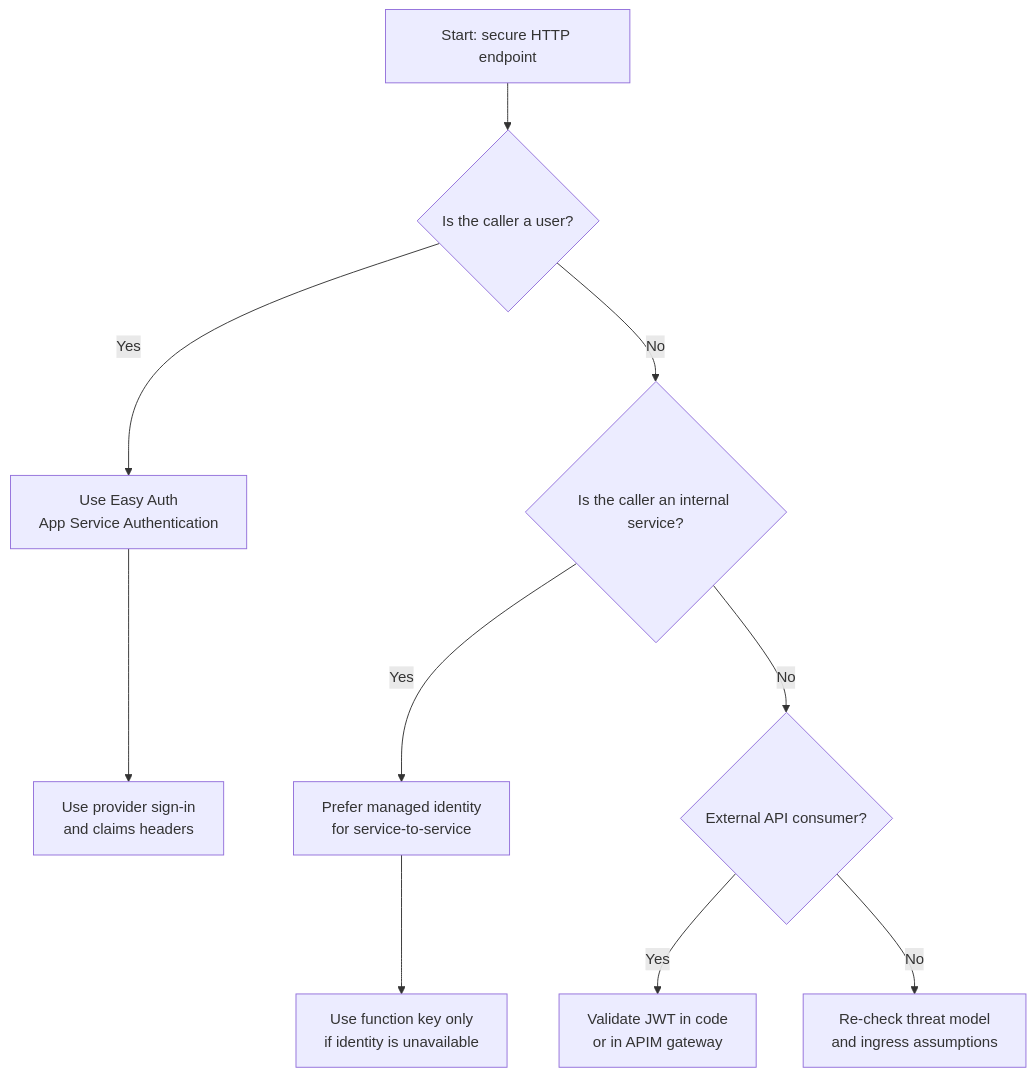
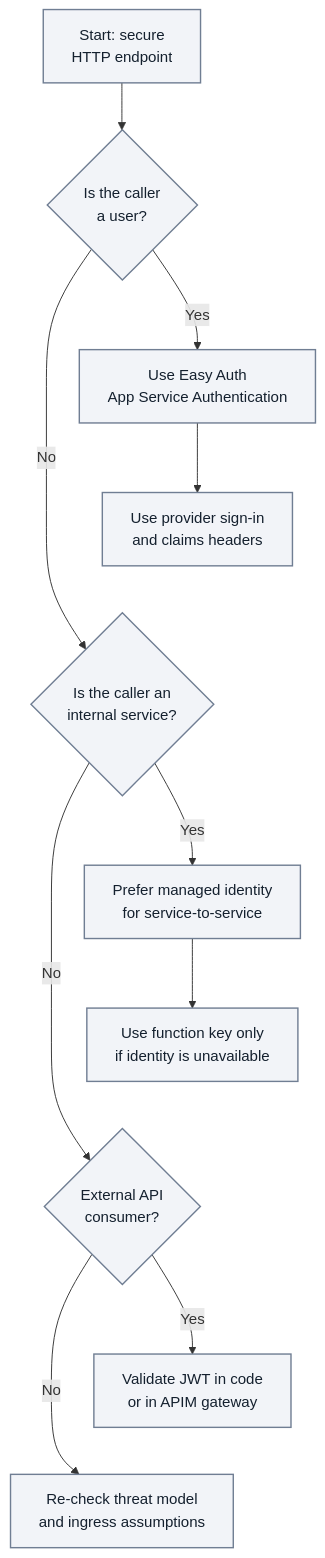
One commit to yeongseon/azure-functions-practical-guide changed the second of 3 diagrams in docs/platform/security.md. Above: the diagram before and after it, drawn with Mermaid. The commit also changed other lines of this file and 3 other files, not shown here.

First line of the commit message:
docs(diagrams): migrate Functions security — security and security and related pages (#421)

````diff
--- a/docs/platform/security.md
+++ b/docs/platform/security.md
@@ -132,12 +151,20 @@
 ```mermaid
 flowchart TD
-    S[Start: secure HTTP endpoint] --> Q1{Is the caller a user?}
-    Q1 -->|Yes| U1[Use Easy Auth\nApp Service Authentication]
-    U1 --> U2[Use provider sign-in\nand claims headers]
-    Q1 -->|No| Q2{Is the caller an internal service?}
-    Q2 -->|Yes| S1[Prefer managed identity\nfor service-to-service]
-    S1 --> S2[Use function key only\nif identity is unavailable]
-    Q2 -->|No| Q3{External API consumer?}
-    Q3 -->|Yes| E1[Validate JWT in code\nor in APIM gateway]
-    Q3 -->|No| X[Re-check threat model\nand ingress assumptions]
+    accTitle: Choose authentication by caller type
+    accDescr: Illustrative decision guide. Users lead to Easy Auth and provider sign-in with claims; internal services prefer managed identity with keys only as a fallback; external API consumers lead to JWT validation in code or APIM. Otherwise revisit the threat model and ingress assumptions.
+    S["Start: secure<br/>HTTP endpoint"] --> Q1{"Is the caller<br/>a user?"}
+    Q1 -->|Yes| U1["Use Easy Auth<br/>App Service Authentication"]
+    U1 --> U2["Use provider sign-in<br/>and claims headers"]
+    Q1 -->|No| Q2{"Is the caller an<br/>internal service?"}
+    Q2 -->|Yes| S1["Prefer managed identity<br/>for service-to-service"]
+    S1 --> S2["Use function key only<br/>if identity is unavailable"]
+    Q2 -->|No| Q3{"External API<br/>consumer?"}
+    Q3 -->|Yes| E1["Validate JWT in code<br/>or in APIM gateway"]
+    Q3 -->|No| X["Re-check threat model<br/>and ingress assumptions"]
+    %% Layout-only links tier outcomes; they add no decisions or semantic arrows.
+    U2 ~~~ Q2
+    S2 ~~~ Q3
+    E1 ~~~ X
+    classDef baseNeutral fill:#f2f4f8,stroke:#707e93,stroke-width:1.5px,color:#14202e;
+    class S,Q1,U1,U2,Q2,S1,S2,Q3,E1,X baseNeutral;
 ```
````
